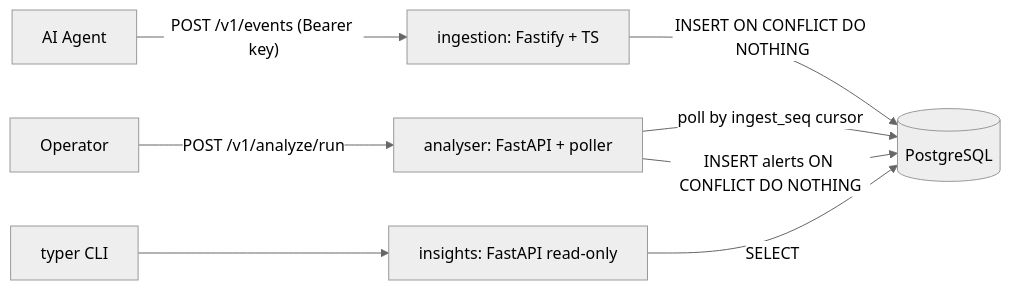
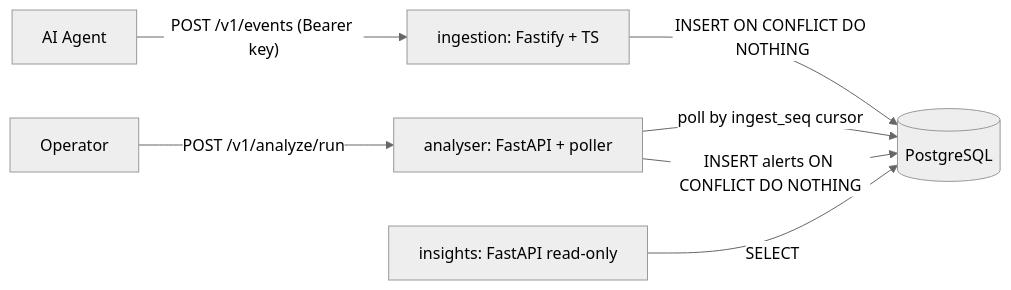
The diagram in SOLUTION.md (soffoalbert/kybershield), drawn with Mermaid (neutral theme) before and after one commit. The commit also changed 8 other files, not shown here.

````diff
--- a/SOLUTION.md
+++ b/SOLUTION.md
@@ -7,10 +7,9 @@
 ```mermaid
 flowchart LR
   Agent[AI Agent] -->|"POST /v1/events (Bearer key)"| Ingest[ingestion: Fastify + TS]
   Ingest -->|"INSERT ON CONFLICT DO NOTHING"| PG[(PostgreSQL)]
   Analyser[analyser: FastAPI + poller] -->|"poll by ingest_seq cursor"| PG
   Analyser -->|"INSERT alerts ON CONFLICT DO NOTHING"| PG
   Insights[insights: FastAPI read-only] -->|SELECT| PG
-  CLI[typer CLI] --> Insights
   Ops[Operator] -->|"POST /v1/analyze/run"| Analyser
 ```
````
